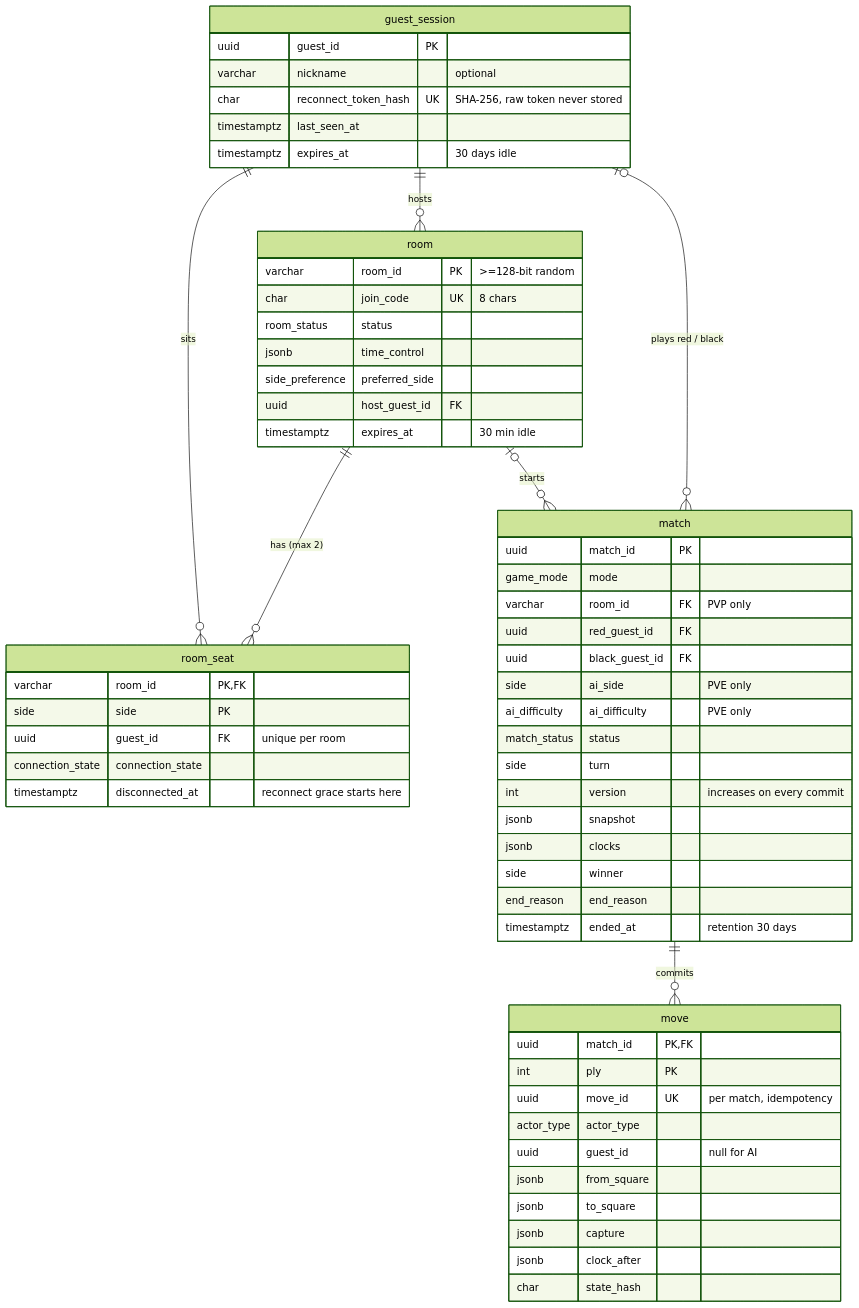
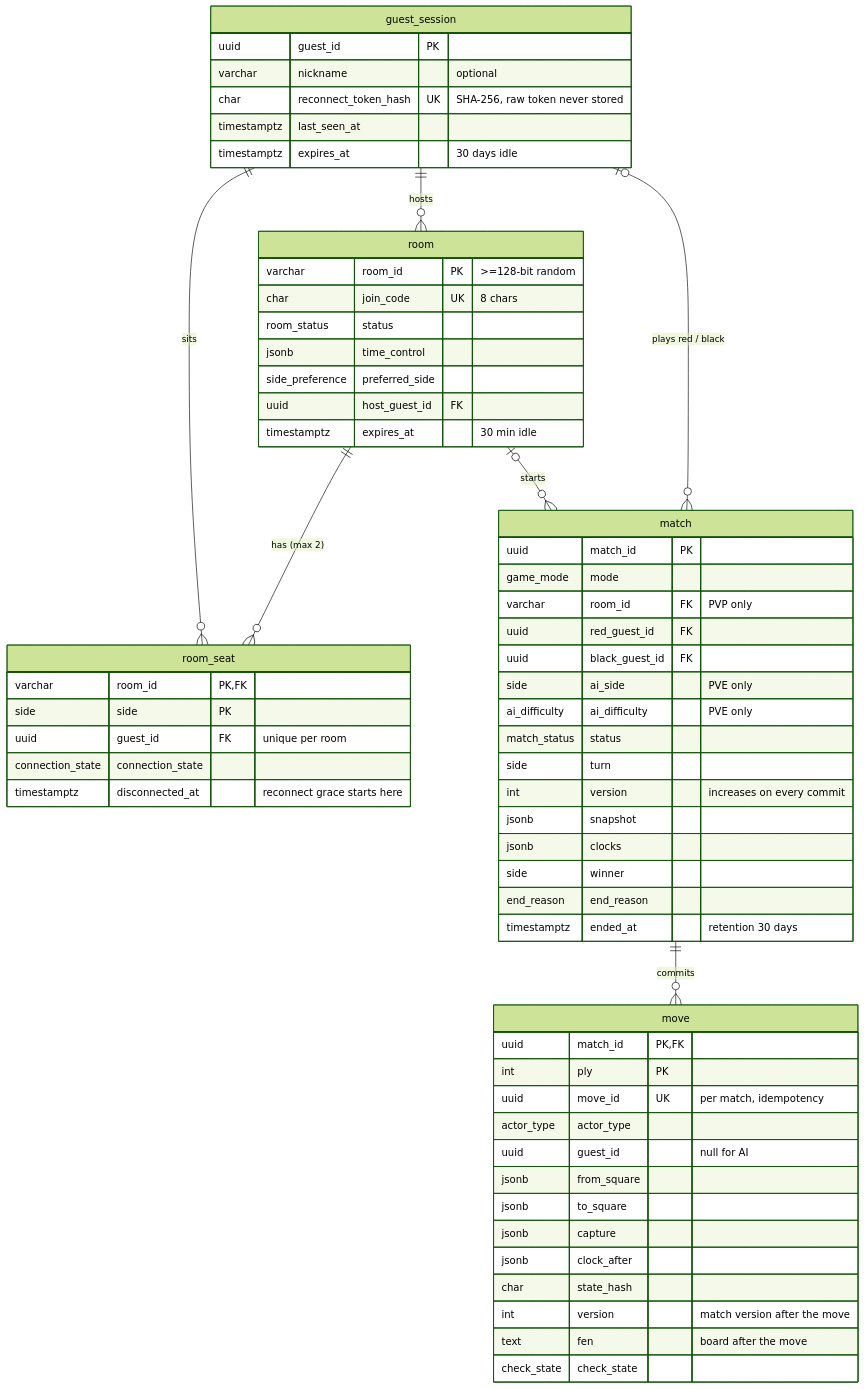
Before and after one commit to NghiaHoang2005/Xiangqi-SE214: the diagram in docs/database.md, drawn with Mermaid (forest theme). The commit also changed other lines of this file and 6 other files, not shown here.

First line of the commit message:
SCRUM-160 feat(server): serialize match and move persistence (#27)

````diff
--- a/docs/database.md
+++ b/docs/database.md
@@ -22,62 +22,65 @@
 ```mermaid
 erDiagram
   guest_session ||--o{ room : hosts
   guest_session ||--o{ room_seat : sits
   room ||--o{ room_seat : "has (max 2)"
   room |o--o{ match : starts
   guest_session |o--o{ match : "plays red / black"
   match ||--o{ move : "commits"
 
   guest_session {
     uuid guest_id PK
     varchar nickname "optional"
     char reconnect_token_hash UK "SHA-256, raw token never stored"
     timestamptz last_seen_at
     timestamptz expires_at "30 days idle"
   }
   room {
     varchar room_id PK ">=128-bit random"
     char join_code UK "8 chars"
     room_status status
     jsonb time_control
     side_preference preferred_side
     uuid host_guest_id FK
     timestamptz expires_at "30 min idle"
   }
   room_seat {
     varchar room_id PK, FK
     side side PK
     uuid guest_id FK "unique per room"
     connection_state connection_state
     timestamptz disconnected_at "reconnect grace starts here"
   }
   match {
     uuid match_id PK
     game_mode mode
     varchar room_id FK "PVP only"
     uuid red_guest_id FK
     uuid black_guest_id FK
     side ai_side "PVE only"
     ai_difficulty ai_difficulty "PVE only"
     match_status status
     side turn
     int version "increases on every commit"
     jsonb snapshot
     jsonb clocks
     side winner
     end_reason end_reason
     timestamptz ended_at "retention 30 days"
   }
   move {
     uuid match_id PK, FK
     int ply PK
     uuid move_id UK "per match, idempotency"
     actor_type actor_type
     uuid guest_id "null for AI"
     jsonb from_square
     jsonb to_square
     jsonb capture
     jsonb clock_after
     char state_hash
+    int version "match version after the move"
+    text fen "board after the move"
+    check_state check_state
   }
 ```
````
